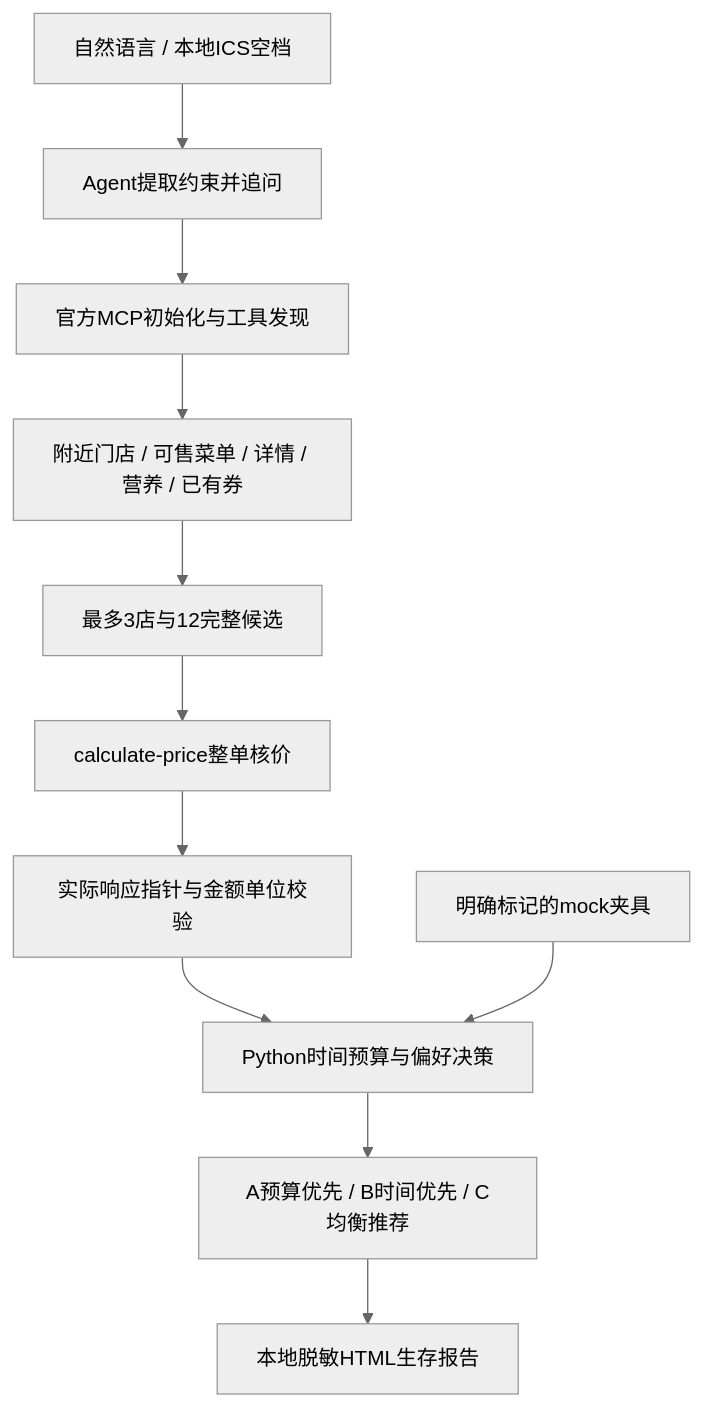
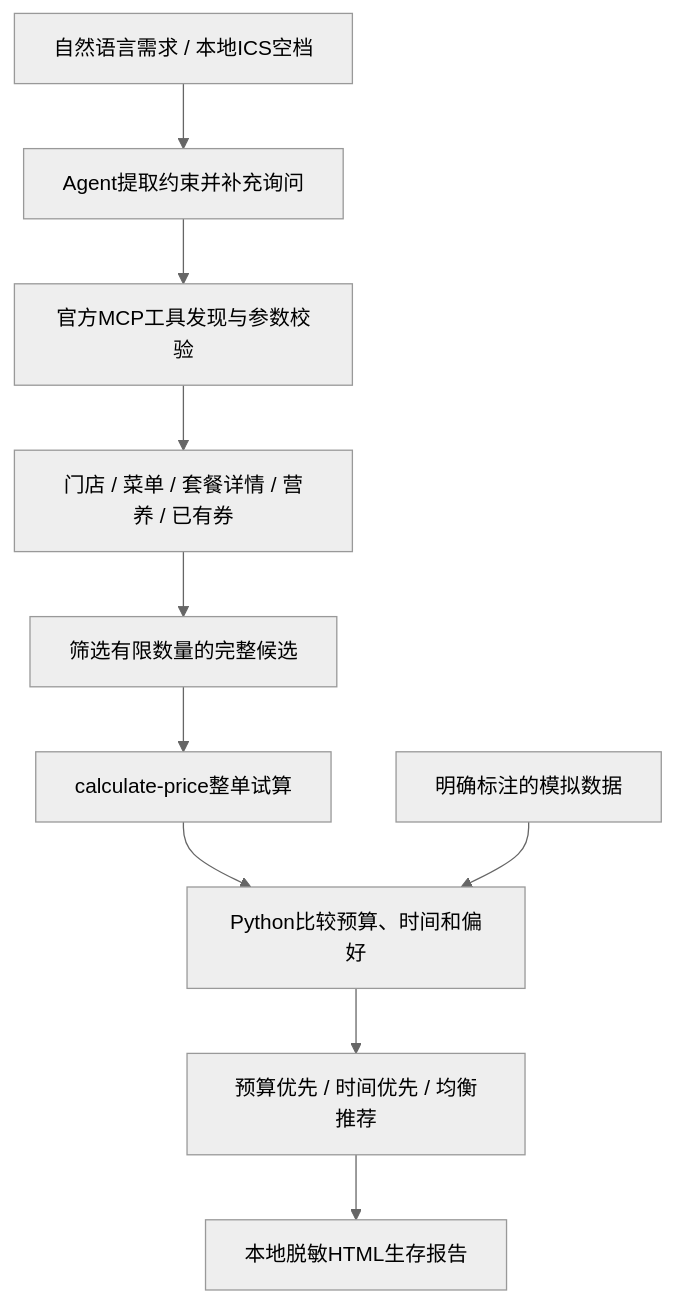
The diagram in README.md (tzb360/campus-mcd-skill), drawn with Mermaid (neutral theme) before and after one commit. The commit also changed other lines of this file, not shown here.

````diff
--- a/README.md
+++ b/README.md
@@ -105,13 +129,12 @@
 ```mermaid
 flowchart TD
-  U[自然语言 / 本地ICS空档] --> A[Agent提取约束并追问]
-  A --> D[官方MCP初始化与工具发现]
-  D --> Q[附近门店 / 可售菜单 / 详情 / 营养 / 已有券]
-  Q --> C[最多3店与12完整候选]
-  C --> P[calculate-price整单核价]
-  P --> N[实际响应指针与金额单位校验]
-  N --> E[Python时间预算与偏好决策]
-  E --> O[A预算优先 / B时间优先 / C均衡推荐]
+  U[自然语言需求 / 本地ICS空档] --> A[Agent提取约束并补充询问]
+  A --> D[官方MCP工具发现与参数校验]
+  D --> Q[门店 / 菜单 / 套餐详情 / 营养 / 已有券]
+  Q --> C[筛选有限数量的完整候选]
+  C --> P[calculate-price整单试算]
+  P --> E[Python比较预算、时间和偏好]
+  E --> O[预算优先 / 时间优先 / 均衡推荐]
   O --> H[本地脱敏HTML生存报告]
-  M[明确标记的mock夹具] --> E
+  M[明确标注的模拟数据] --> E
 ```
````
